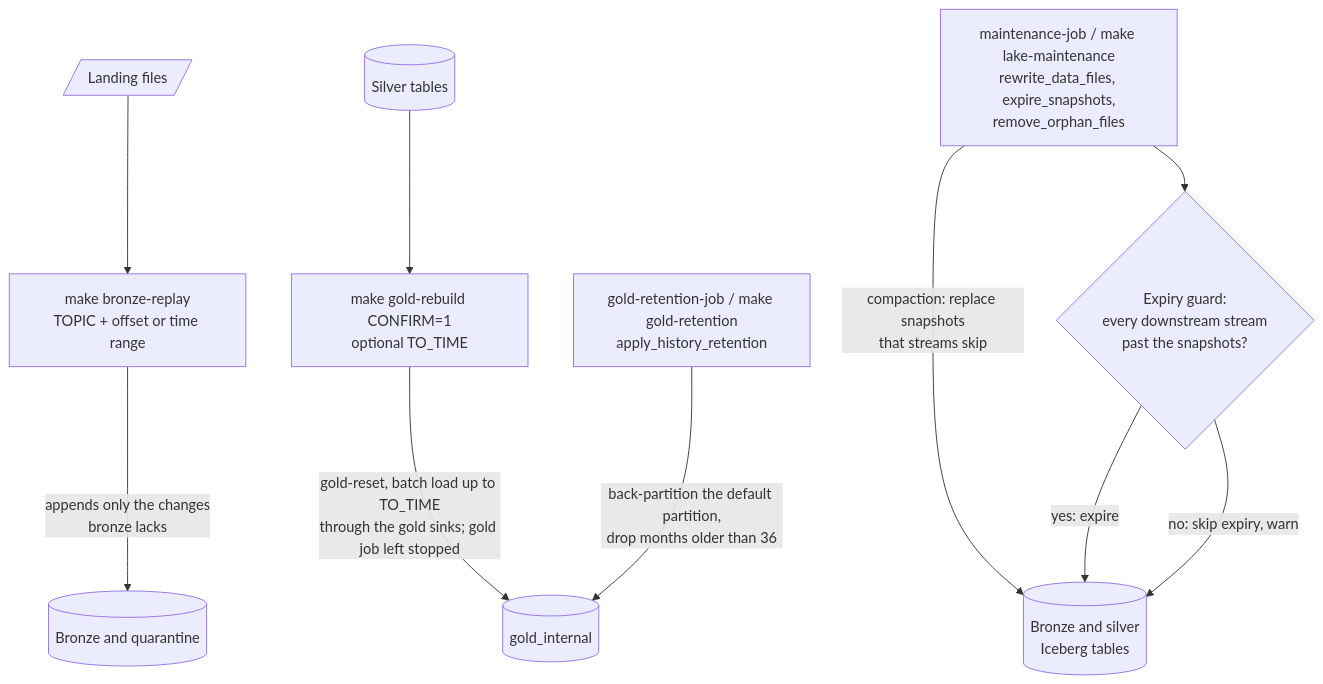
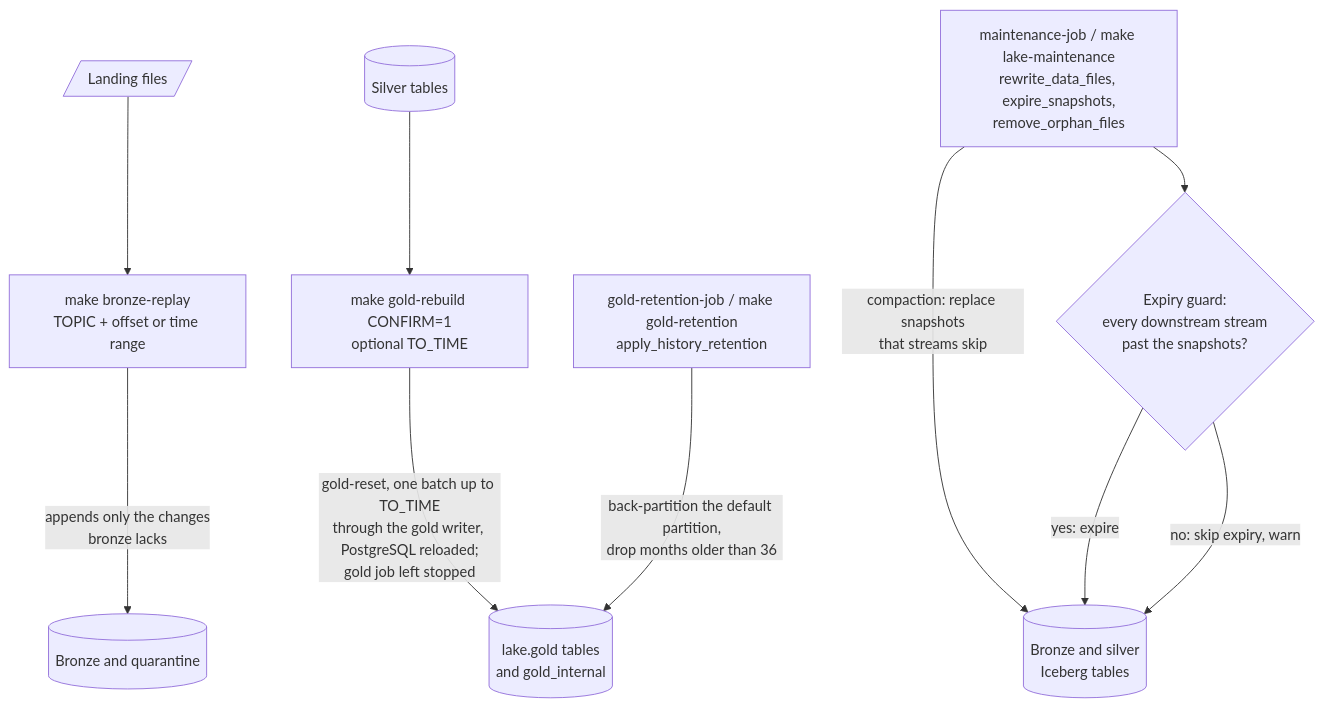
One commit to jonathan5p/deel-home-task changed the fourth of 4 diagrams in docs/architecture/overview.md. Above: the diagram before and after it, drawn with Mermaid. The commit also changed other lines of this file and 2 other files, not shown here.

Commit message:
docs(architecture): show the gold Iceberg tables and the PostgreSQL copy in the overview, sizing and production pages

````diff
--- a/docs/architecture/overview.md
+++ b/docs/architecture/overview.md
@@ -234,25 +243,25 @@
 ```mermaid
 flowchart TB
     landing[/"Landing files"/]
     bronze[("Bronze and quarantine")]
     silver[("Silver tables")]
     lake[("Bronze and silver<br/>Iceberg tables")]
-    gold[("gold_internal")]
+    gold[("lake.gold tables<br/>and gold_internal")]
 
     replay["make bronze-replay<br/>TOPIC + offset or time range"]
     maint["maintenance-job / make lake-maintenance<br/>rewrite_data_files, expire_snapshots,<br/>remove_orphan_files"]
     guard{"Expiry guard:<br/>every downstream stream<br/>past the snapshots?"}
     rebuild["make gold-rebuild CONFIRM=1<br/>optional TO_TIME"]
     retention["gold-retention-job / make gold-retention<br/>apply_history_retention"]
 
     landing --> replay
     replay -- "appends only the changes<br/>bronze lacks" --> bronze
     maint -- "compaction: replace snapshots<br/>that streams skip" --> lake
     maint --> guard
     guard -- "yes: expire" --> lake
     guard -- "no: skip expiry, warn" --> lake
     silver --> rebuild
-    rebuild -- "gold-reset, batch load up to TO_TIME<br/>through the gold sinks; gold job left stopped" --> gold
+    rebuild -- "gold-reset, one batch up to TO_TIME<br/>through the gold writer, PostgreSQL reloaded;<br/>gold job left stopped" --> gold
     retention -- "back-partition the default partition,<br/>drop months older than 36" --> gold
 
 ```
````
